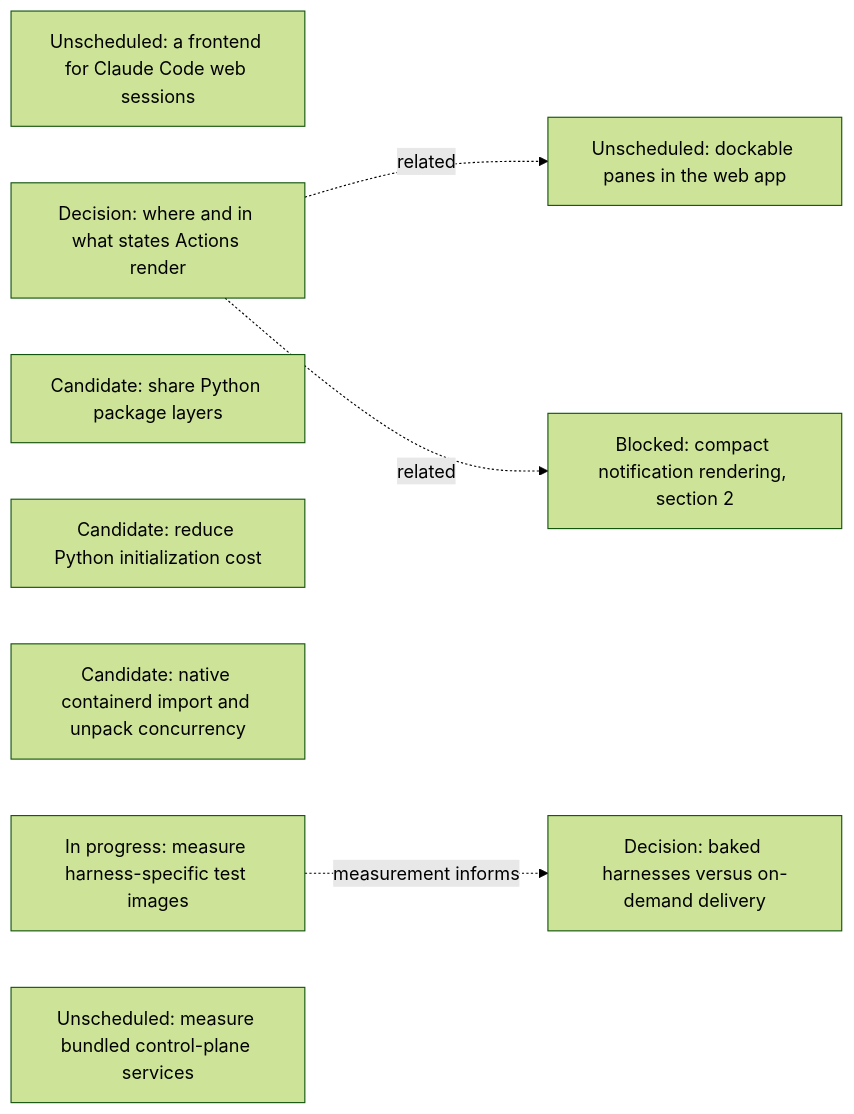
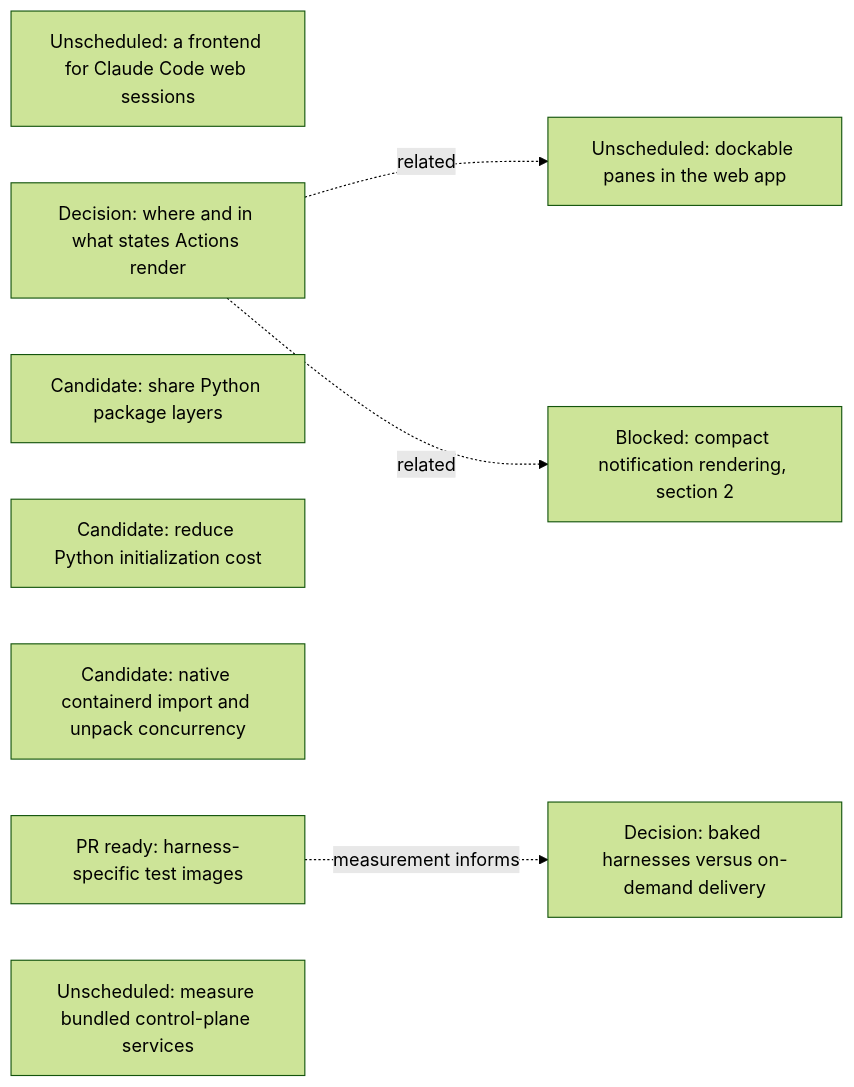
The seventh of 16 diagrams in agentplane/plans/task_dag.md (agentydragon/ducktape), drawn with Mermaid (forest theme) before and after one commit. The commit also changed other lines of this file, not shown here.

Commit message:
docs(agentplane): link measured harness image split and remaining delivery decision

````diff
--- a/agentplane/plans/task_dag.md
+++ b/agentplane/plans/task_dag.md
@@ -583,16 +583,16 @@
 ```mermaid
 flowchart LR
     CLAUDE_CODE_WEB_BRIDGE[Unscheduled: a frontend for Claude Code web sessions]
     ACTION_SURFACES_DESIGN[Decision: where and in what states Actions render]
     K3S_SHARED_PACKAGE_LAYERS[Candidate: share Python package layers]
     K3S_PYTHON_INITIALIZATION[Candidate: reduce Python initialization cost]
     K3S_IMPORT_CONCURRENCY[Candidate: native containerd import and unpack concurrency]
-    K3S_RUNNER_IMAGE_SPLIT[In progress: measure harness-specific test images]
+    K3S_RUNNER_IMAGE_SPLIT[PR ready: harness-specific test images]
     RUNNER_HARNESS_DELIVERY_DESIGN[Decision: baked harnesses versus on-demand delivery]
     K3S_RUNNER_IMAGE_SPLIT -. measurement informs .-> RUNNER_HARNESS_DELIVERY_DESIGN
     K3S_BUNDLED_SERVICES_SPIKE[Unscheduled: measure bundled control-plane services]
     DOCKABLE_PANES[Unscheduled: dockable panes in the web app]
     ACTION_SURFACES_DESIGN -. related .-> DOCKABLE_PANES
     NOTIFICATION_PRESENTATION[Blocked: compact notification rendering, section 2]
     ACTION_SURFACES_DESIGN -. related .-> NOTIFICATION_PRESENTATION
 ```
````
